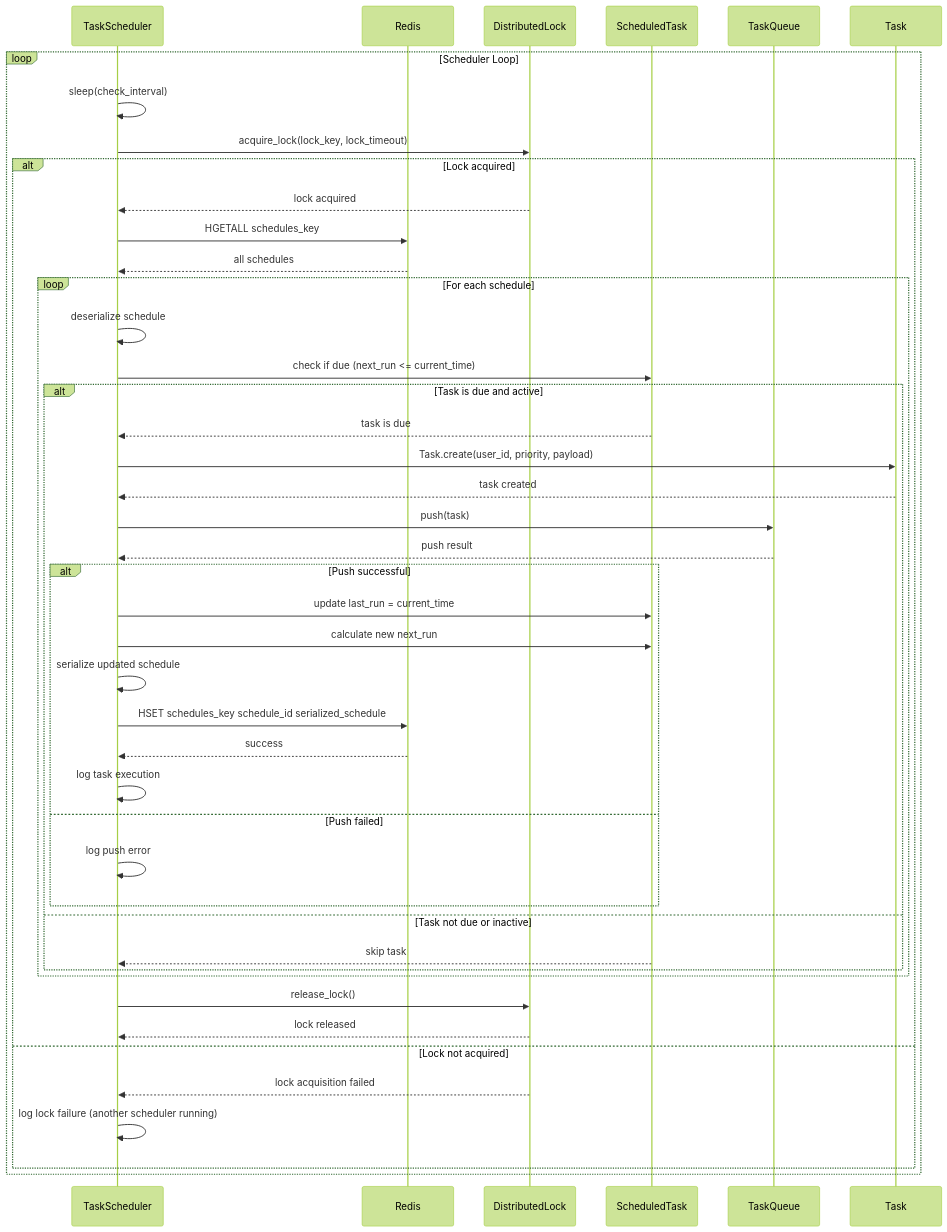
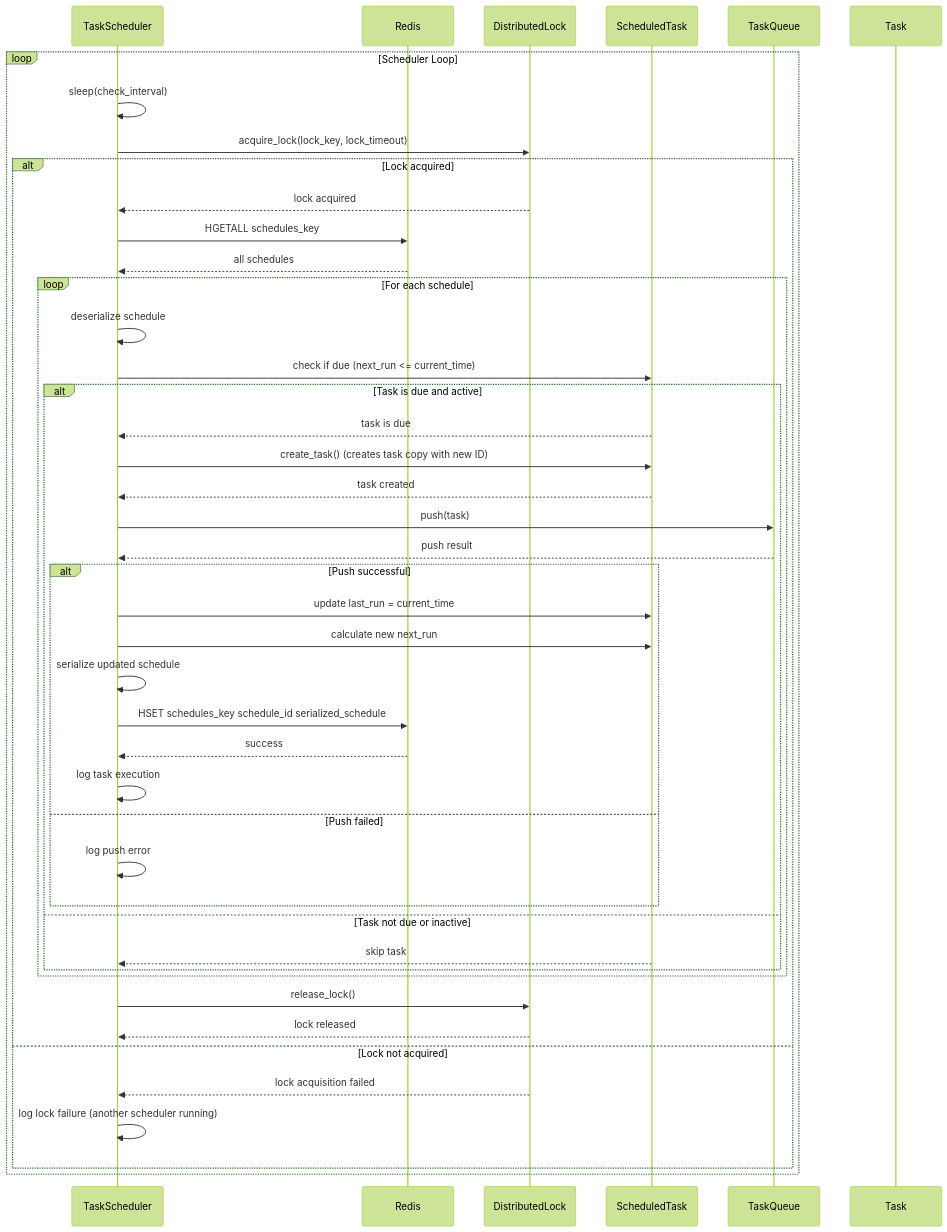
Before and after one commit to premana/fairque: the fifth of 13 diagrams in docs/scheduler-sequence.md, drawn with Mermaid (forest theme). The commit also changed other lines of this file and 4 other files, not shown here.

````diff
--- a/docs/scheduler-sequence.md
+++ b/docs/scheduler-sequence.md
@@ -129,52 +129,52 @@
 ```mermaid
 sequenceDiagram
     participant S as TaskScheduler
     participant R as Redis
     participant L as DistributedLock
     participant ST as ScheduledTask
     participant Q as TaskQueue
     participant T as Task
     
     loop Scheduler Loop
         S->>S: sleep(check_interval)
         S->>L: acquire_lock(lock_key, lock_timeout)
         
         alt Lock acquired
             L-->>S: lock acquired
             S->>R: HGETALL schedules_key
             R-->>S: all schedules
             
             loop For each schedule
                 S->>S: deserialize schedule
                 S->>ST: check if due (next_run <= current_time)
                 
                 alt Task is due and active
                     ST-->>S: task is due
-                    S->>T: Task.create(user_id, priority, payload)
-                    T-->>S: task created
+                    S->>ST: create_task() (creates task copy with new ID)
+                    ST-->>S: task created
                     S->>Q: push(task)
                     Q-->>S: push result
                     
                     alt Push successful
                         S->>ST: update last_run = current_time
                         S->>ST: calculate new next_run
                         S->>S: serialize updated schedule
                         S->>R: HSET schedules_key schedule_id serialized_schedule
                         R-->>S: success
                         S->>S: log task execution
                     else Push failed
                         S->>S: log push error
                     end
                 else Task not due or inactive
                     ST-->>S: skip task
                 end
             end
             
             S->>L: release_lock()
             L-->>S: lock released
         else Lock not acquired
             L-->>S: lock acquisition failed
             S->>S: log lock failure (another scheduler running)
         end
     end
 ```
````
